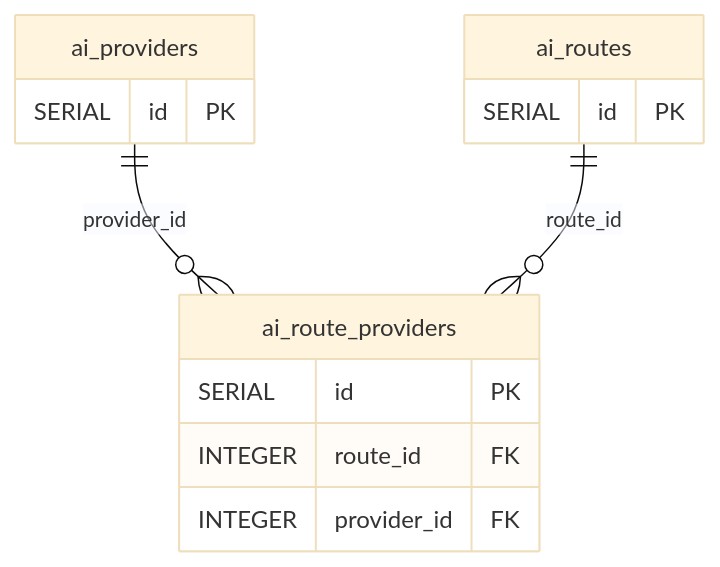
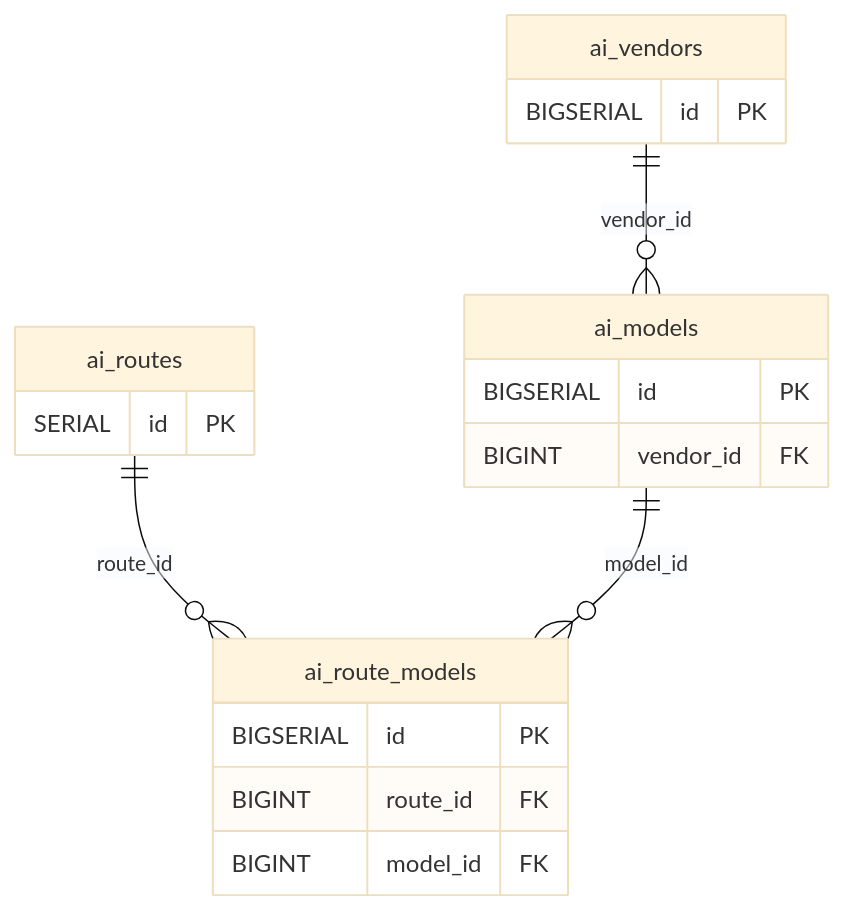
One commit to ZanebonoAlter/Syntopica changed the diagram in docs/reference/database/tables/ai-routing.md. Above: the diagram before and after it, drawn with Mermaid (base theme). The commit also changed other lines of this file and 111 other files, not shown here.

````diff
--- a/docs/reference/database/tables/ai-routing.md
+++ b/docs/reference/database/tables/ai-routing.md
@@ -116,17 +173,22 @@
 ```mermaid
 erDiagram
-    ai_providers ||--o{ ai_route_providers : "provider_id"
-    ai_routes ||--o{ ai_route_providers : "route_id"
+    ai_vendors ||--o{ ai_models : "vendor_id"
+    ai_routes ||--o{ ai_route_models : "route_id"
+    ai_models ||--o{ ai_route_models : "model_id"
 
-    ai_providers {
-        SERIAL id PK
+    ai_vendors {
+        BIGSERIAL id PK
     }
-    ai_route_providers {
-        SERIAL id PK
-        INTEGER route_id FK
-        INTEGER provider_id FK
+    ai_models {
+        BIGSERIAL id PK
+        BIGINT vendor_id FK
+    }
+    ai_route_models {
+        BIGSERIAL id PK
+        BIGINT route_id FK
+        BIGINT model_id FK
     }
     ai_routes {
         SERIAL id PK
     }
 ```
````
